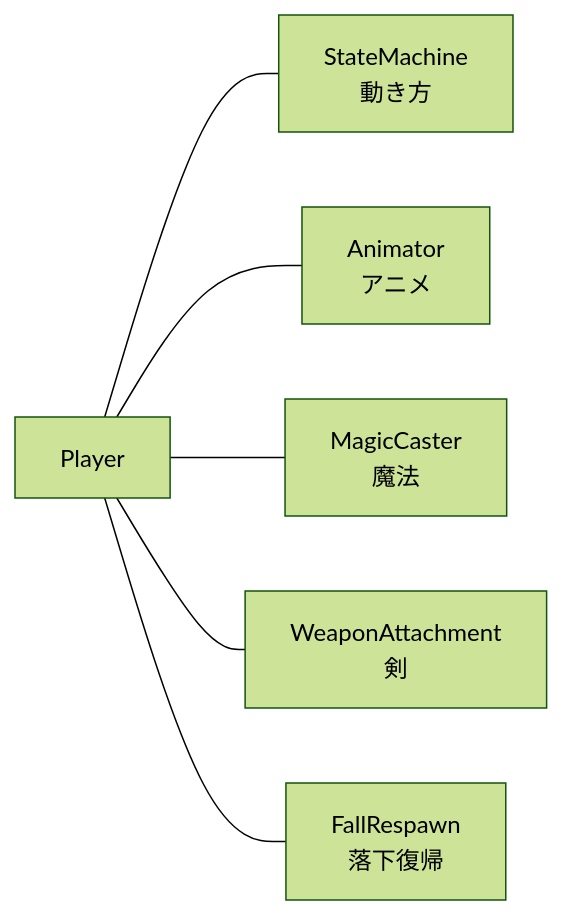
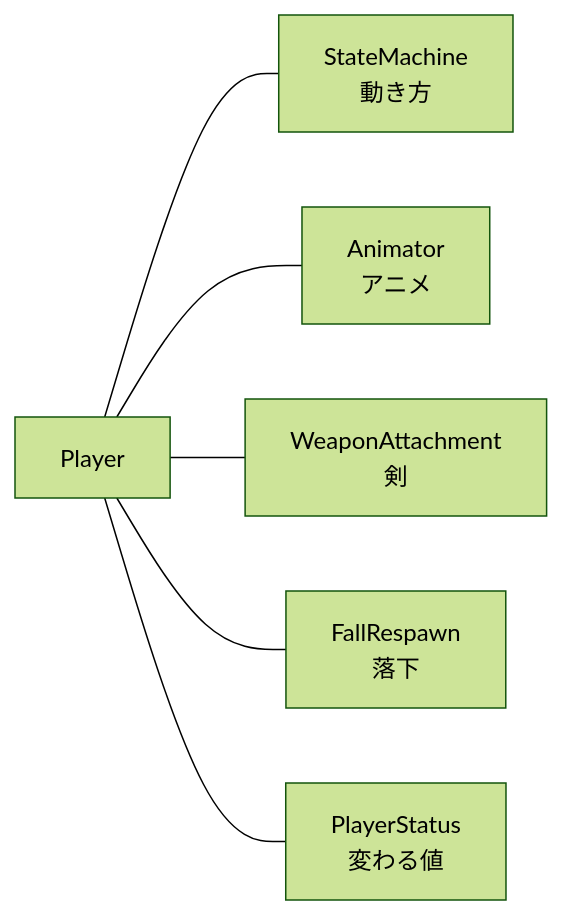
One commit to hirota-ryuki/Action changed the diagram in Action/docs/ゲーム/プレイヤー/プレイヤーの構成の設計.md. Above: the diagram before and after it, drawn with Mermaid (forest theme). The commit also changed other lines of this file and 15 other files, not shown here.

````diff
--- a/Action/docs/ゲーム/プレイヤー/プレイヤーの構成の設計.md
+++ b/Action/docs/ゲーム/プレイヤー/プレイヤーの構成の設計.md
@@ -43,8 +17,8 @@
 ```mermaid
 flowchart LR
-    P[Player] --- SM[StateMachine<br/>動き方]
-    P --- AN[Animator<br/>アニメ]
-    P --- MC[MagicCaster<br/>魔法]
-    P --- W[WeaponAttachment<br/>剣]
-    P --- R[FallRespawn<br/>落下復帰]
+    P[Player] --- SM["StateMachine<br/>動き方"]
+    P --- AN["Animator<br/>アニメ"]
+    P --- W["WeaponAttachment<br/>剣"]
+    P --- R["FallRespawn<br/>落下"]
+    P --- S["PlayerStatus<br/>変わる値"]
 ```
````
